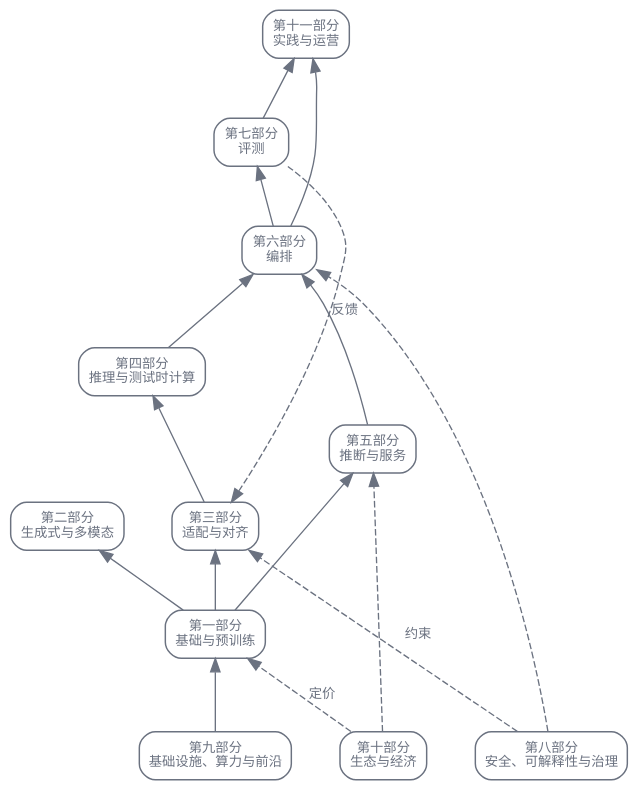
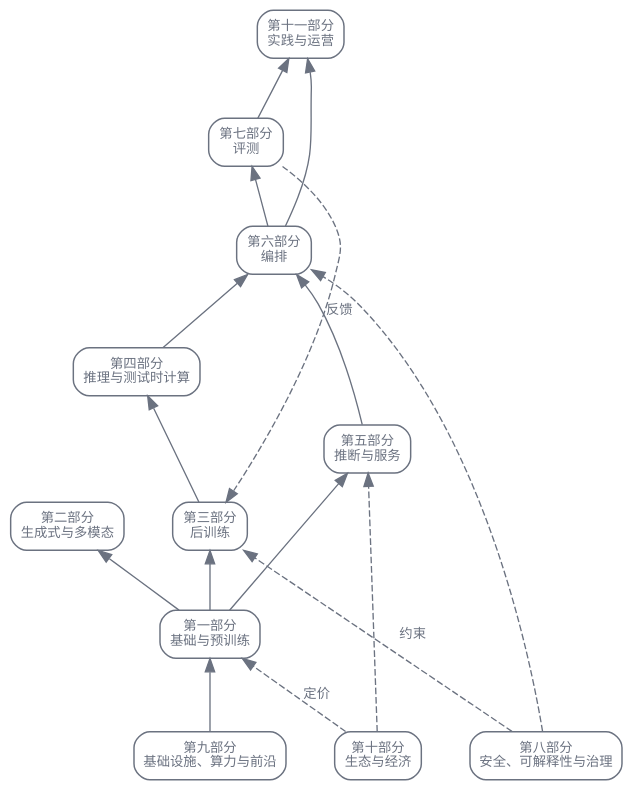
Before and after one commit to latere-ai/ai-as-an-infrastructure: the first of 2 diagrams in zh/orientation/02-field-map.qmd, drawn with Graphviz. The commit also changed other lines of this file and 30 other files, not shown here.

````diff
--- a/zh/orientation/02-field-map.qmd
+++ b/zh/orientation/02-field-map.qmd
@@ -13,34 +13,34 @@
 ```{dot}
 //| label: fig-field-map-stack
 //| fig-cap: "这些实质部分读作一个栈。实线箭头从一层指向构建于其上的那层；虚线箭头是横切的力（评估反馈、安全约束、经济定价），它们跨层施加影响，而不是把一层传递给下一层。"
 digraph {
   bgcolor="transparent";
   rankdir=BT;
   nodesep=0.5; ranksep=0.6;
   node [shape=box, style=rounded, fontsize=10, fontname="Helvetica", color="#6b7280", fontcolor="#6b7280", penwidth=1.1];
   edge [fontsize=10, fontname="Helvetica", color="#6b7280", fontcolor="#6b7280"];
 
   PIX  [label="第九部分\n基础设施、算力与前沿"];
   PI   [label="第一部分\n基础与预训练"];
   PII  [label="第二部分\n生成式与多模态"];
-  PIII [label="第三部分\n适配与对齐"];
+  PIII [label="第三部分\n后训练"];
   PIV  [label="第四部分\n推理与测试时计算"];
   PV   [label="第五部分\n推断与服务"];
   PVI  [label="第六部分\n编排"];
   PVII [label="第七部分\n评测"];
   PVIII[label="第八部分\n安全、可解释性与治理"];
   PX   [label="第十部分\n生态与经济"];
   PXI  [label="第十一部分\n实践与运营"];
 
   PIX -> PI;
   PI -> PII; PI -> PIII; PI -> PV;
   PIII -> PIV; PIV -> PVI; PV -> PVI;
   PVI -> PVII; PVI -> PXI; PVII -> PXI;
 
   PVII  -> PIII [style=dashed, label="反馈", constraint=false];
   PVIII -> PIII [style=dashed, label="约束", constraint=false];
   PVIII -> PVI  [style=dashed, constraint=false];
   PX -> PI [style=dashed, label="定价", constraint=false];
   PX -> PV [style=dashed, constraint=false];
 }
 ```
````
